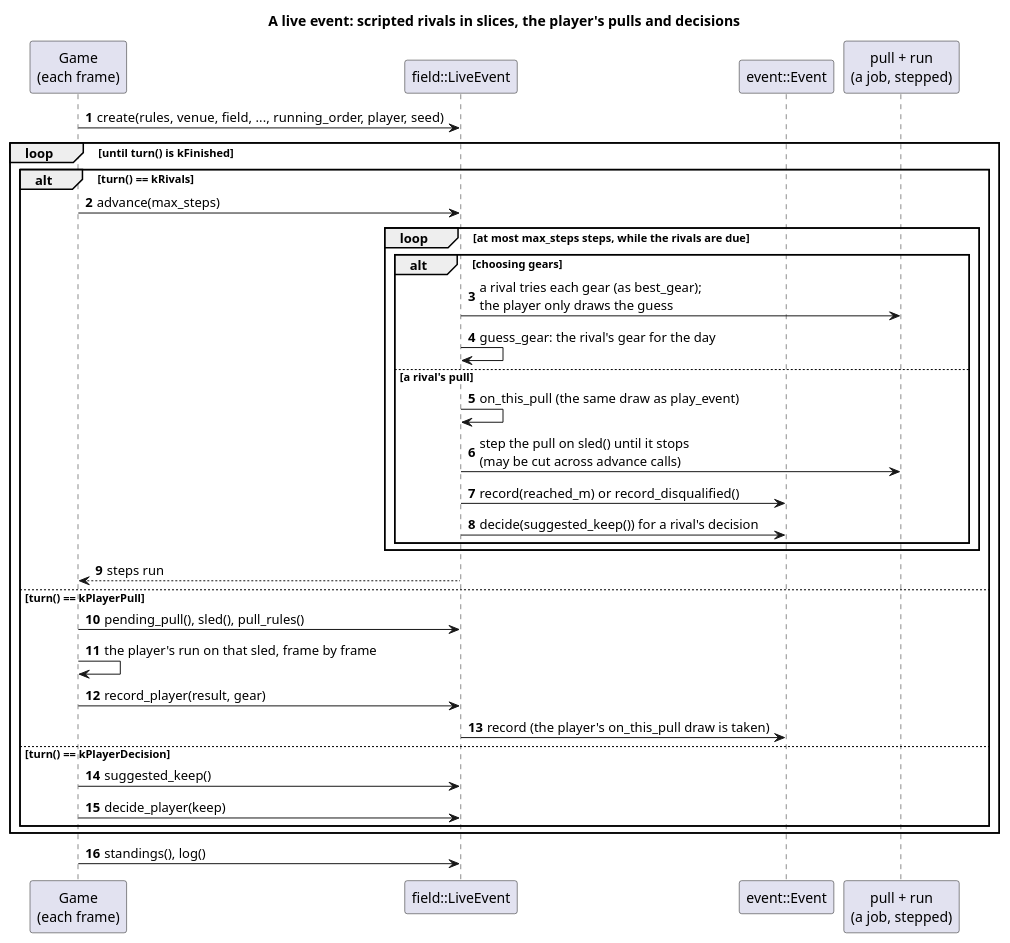
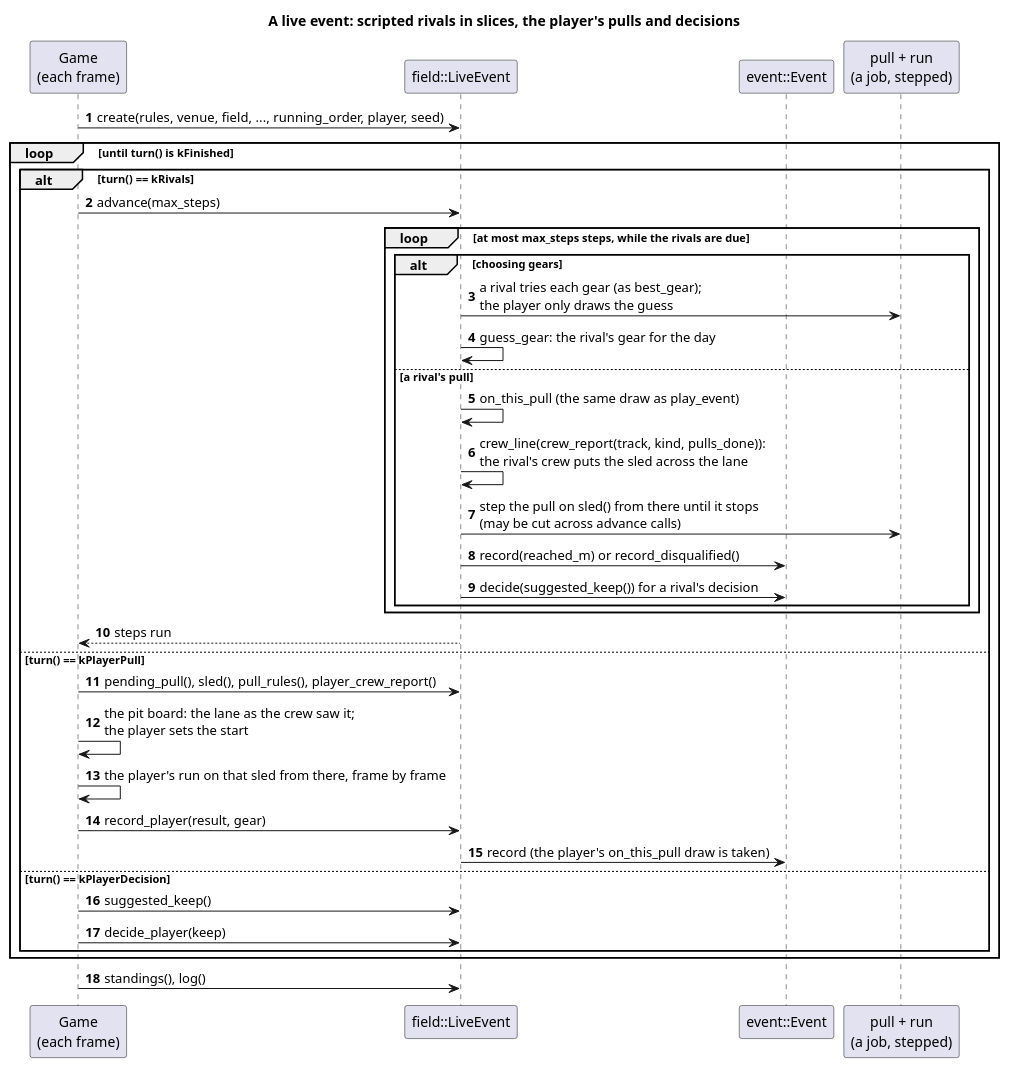
Before and after one commit to wversteeg/TractorPulling: the diagram in docs/diagrams/live_event_sequence.puml, drawn with PlantUML. The commit also changed 82 other files, not shown here.

First line of the commit message:
Spots across the lane, the crew's report and the start position

```diff
--- a/docs/diagrams/live_event_sequence.puml
+++ b/docs/diagrams/live_event_sequence.puml
@@ -1,36 +1,38 @@
 @startuml live_event_sequence
 title A live event: scripted rivals in slices, the player's pulls and decisions
 autonumber
 participant "Game\n(each frame)" as Game
 participant "field::LiveEvent" as Live
 participant "event::Event" as Event
 participant "pull + run\n(a job, stepped)" as Run
 
 Game -> Live : create(rules, venue, field, ..., running_order, player, seed)
 loop until turn() is kFinished
   alt turn() == kRivals
     Game -> Live : advance(max_steps)
     loop at most max_steps steps, while the rivals are due
       alt choosing gears
         Live -> Run : a rival tries each gear (as best_gear);\nthe player only draws the guess
         Live -> Live : guess_gear: the rival's gear for the day
       else a rival's pull
         Live -> Live : on_this_pull (the same draw as play_event)
-        Live -> Run : step the pull on sled() until it stops\n(may be cut across advance calls)
+        Live -> Live : crew_line(crew_report(track, kind, pulls_done)):\nthe rival's crew puts the sled across the lane
+        Live -> Run : step the pull on sled() from there until it stops\n(may be cut across advance calls)
         Live -> Event : record(reached_m) or record_disqualified()
         Live -> Event : decide(suggested_keep()) for a rival's decision
       end
     end
     Live --> Game : steps run
   else turn() == kPlayerPull
-    Game -> Live : pending_pull(), sled(), pull_rules()
-    Game -> Game : the player's run on that sled, frame by frame
+    Game -> Live : pending_pull(), sled(), pull_rules(), player_crew_report()
+    Game -> Game : the pit board: the lane as the crew saw it;\nthe player sets the start
+    Game -> Game : the player's run on that sled from there, frame by frame
     Game -> Live : record_player(result, gear)
     Live -> Event : record (the player's on_this_pull draw is taken)
   else turn() == kPlayerDecision
     Game -> Live : suggested_keep()
     Game -> Live : decide_player(keep)
   end
 end
 Game -> Live : standings(), log()
 @enduml
```
